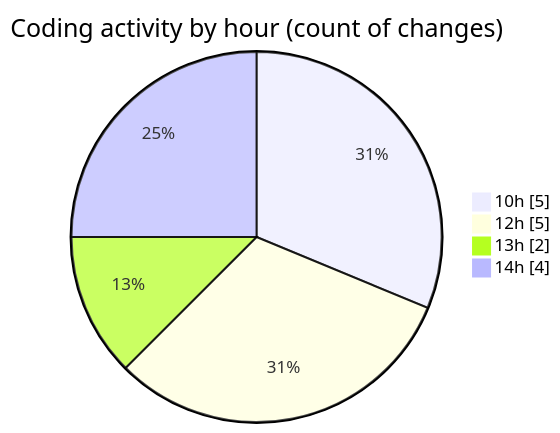
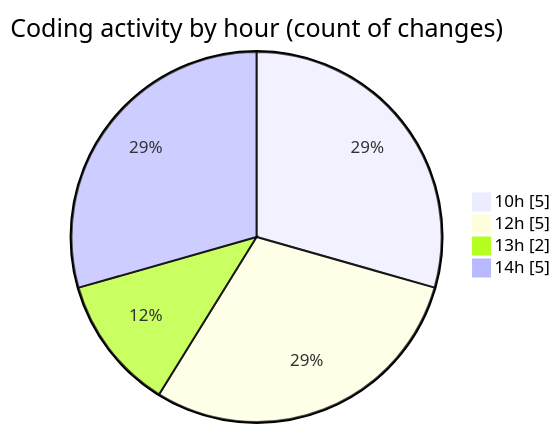
Before and after one commit to Ritupan-Deka/code-tracking: the second of 2 diagrams in 2025-07-07/urlwebwala_intership_work/README.md, drawn with Mermaid. The commit also changed other lines of this file and 1 other file, not shown here.

````diff
--- a/2025-07-07/urlwebwala_intership_work/README.md
+++ b/2025-07-07/urlwebwala_intership_work/README.md
@@ -30,8 +30,8 @@
 ```mermaid
 pie showData
 title Coding activity by hour (count of changes)
 "10h" : 5
 "12h" : 5
 "13h" : 2
-"14h" : 4
+"14h" : 5
 ```
````
